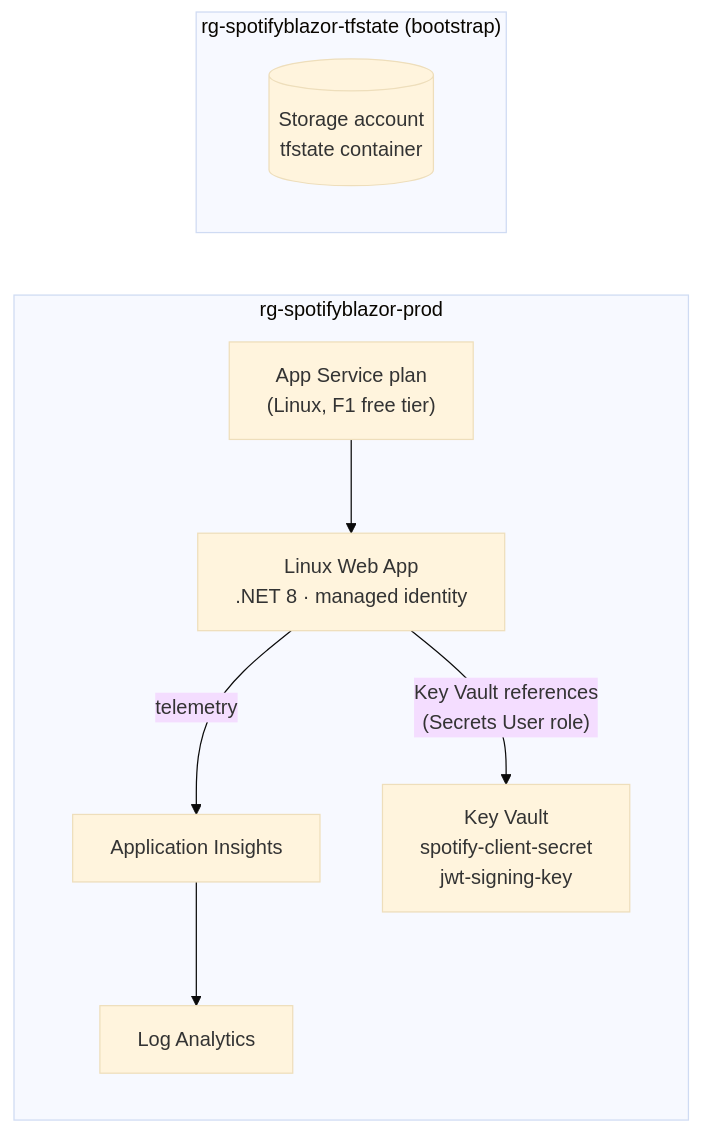
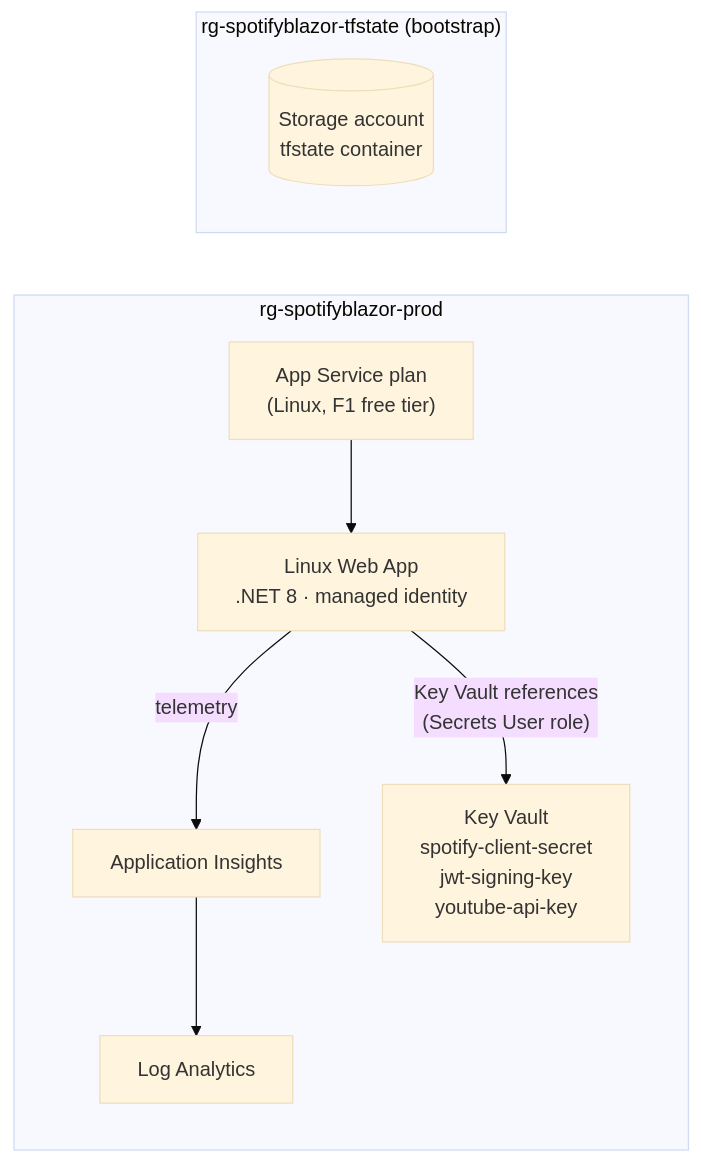
Before and after one commit to RobWiersma/SpotifyBlazor: the diagram in infra/README.md, drawn with Mermaid (base theme). The commit also changed other lines of this file and 11 other files, not shown here.

````diff
--- a/infra/README.md
+++ b/infra/README.md
@@ -9,14 +9,14 @@
 ```mermaid
 flowchart LR
     subgraph RG["rg-spotifyblazor-prod"]
         ASP["App Service plan<br/>(Linux, F1 free tier)"] --> APP["Linux Web App<br/>.NET 8 · managed identity"]
-        KV["Key Vault<br/>spotify-client-secret<br/>jwt-signing-key"]
+        KV["Key Vault<br/>spotify-client-secret<br/>jwt-signing-key<br/>youtube-api-key"]
         AI["Application Insights"] --> LAW["Log Analytics"]
     end
     APP -- "Key Vault references<br/>(Secrets User role)" --> KV
     APP -- "telemetry" --> AI
 
     subgraph STATE["rg-spotifyblazor-tfstate (bootstrap)"]
         SA[("Storage account<br/>tfstate container")]
     end
 ```
````
